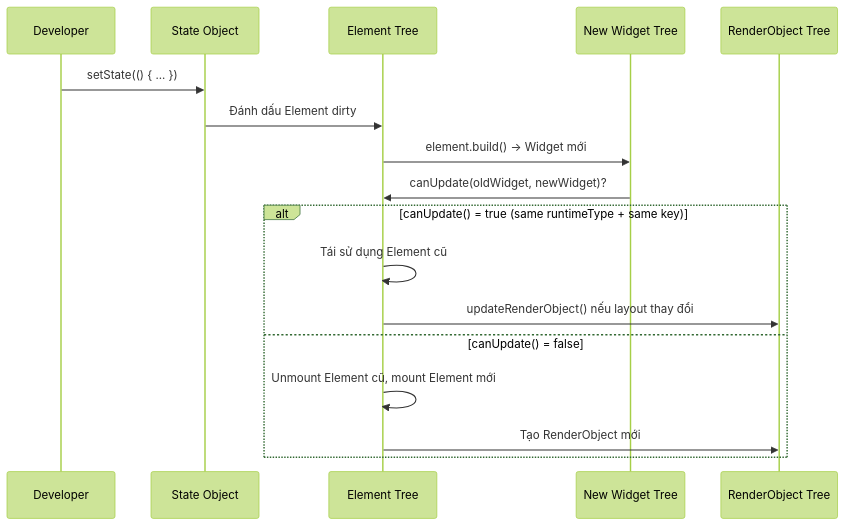
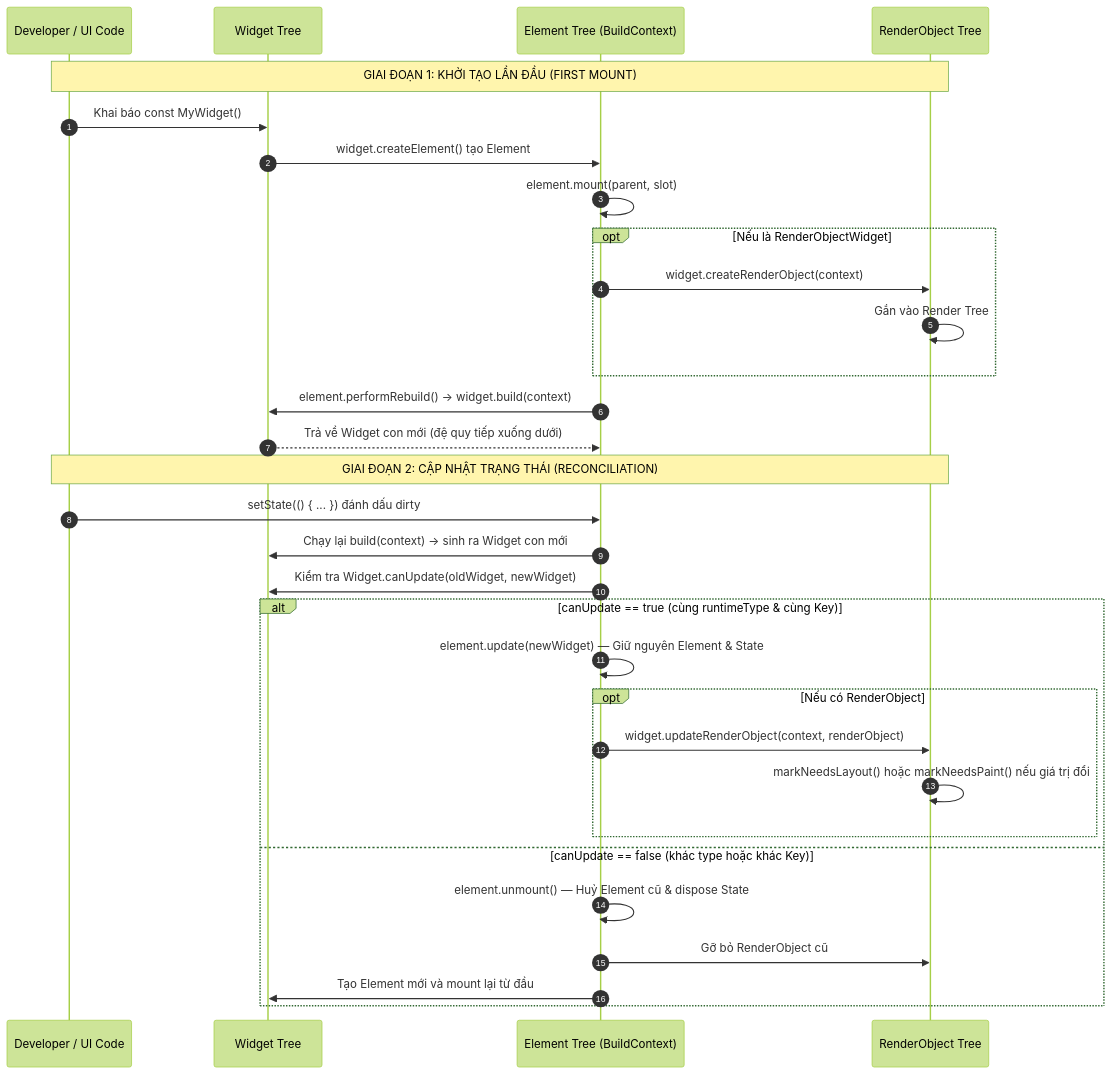
One commit to tr4n/learn-flutter changed the second of 2 diagrams in flutter-fundamentals-v2/02-flutter-core-architecture/01-three-trees-widget-element-renderobject.md. Above: the diagram before and after it, drawn with Mermaid (forest theme). The commit also changed other lines of this file and 42 other files, not shown here.

Commit message:
docs: expand interview questions and refine architectural explanations across all learning modules

````diff
--- a/flutter-fundamentals-v2/02-flutter-core-architecture/01-three-trees-widget-element-renderobject.md
+++ b/flutter-fundamentals-v2/02-flutter-core-architecture/01-three-trees-widget-element-renderobject.md
@@ -74,21 +183,35 @@
 ```mermaid
 sequenceDiagram
-    participant Dev as Developer
-    participant State as State Object
-    participant Element as Element Tree
-    participant Widget as New Widget Tree
+    autonumber
+    participant Dev as Developer / UI Code
+    participant W as Widget Tree
+    participant E as Element Tree (BuildContext)
     participant RO as RenderObject Tree
 
-    Dev->>State: setState(() { ... })
-    State->>Element: Đánh dấu Element dirty
-    Element->>Widget: element.build() → Widget mới
-    Widget->>Element: canUpdate(oldWidget, newWidget)?
-    
-    alt canUpdate() = true (same runtimeType + same key)
-        Element->>Element: Tái sử dụng Element cũ
-        Element->>RO: updateRenderObject() nếu layout thay đổi
-    else canUpdate() = false
-        Element->>Element: Unmount Element cũ, mount Element mới
-        Element->>RO: Tạo RenderObject mới
+    Note over Dev,RO: GIAI ĐOẠN 1: KHỞI TẠO LẦN ĐẦU (FIRST MOUNT)
+    Dev->>W: Khai báo const MyWidget()
+    W->>E: widget.createElement() tạo Element
+    E->>E: element.mount(parent, slot)
+    opt Nếu là RenderObjectWidget
+        E->>RO: widget.createRenderObject(context)
+        RO->>RO: Gắn vào Render Tree
+    end
+    E->>W: element.performRebuild() → widget.build(context)
+    W-->>E: Trả về Widget con mới (đệ quy tiếp xuống dưới)
+
+    Note over Dev,RO: GIAI ĐOẠN 2: CẬP NHẬT TRẠNG THÁI (RECONCILIATION)
+    Dev->>E: setState(() { ... }) đánh dấu dirty
+    E->>W: Chạy lại build(context) → sinh ra Widget con mới
+    E->>W: Kiểm tra Widget.canUpdate(oldWidget, newWidget)
+    alt canUpdate == true (cùng runtimeType & cùng Key)
+        E->>E: element.update(newWidget) — Giữ nguyên Element & State
+        opt Nếu có RenderObject
+            E->>RO: widget.updateRenderObject(context, renderObject)
+            RO->>RO: markNeedsLayout() hoặc markNeedsPaint() nếu giá trị đổi
+        end
+    else canUpdate == false (khác type hoặc khác Key)
+        E->>E: element.unmount() — Huỷ Element cũ & dispose State
+        E->>RO: Gỡ bỏ RenderObject cũ
+        E->>W: Tạo Element mới và mount lại từ đầu
     end
 ```
````
